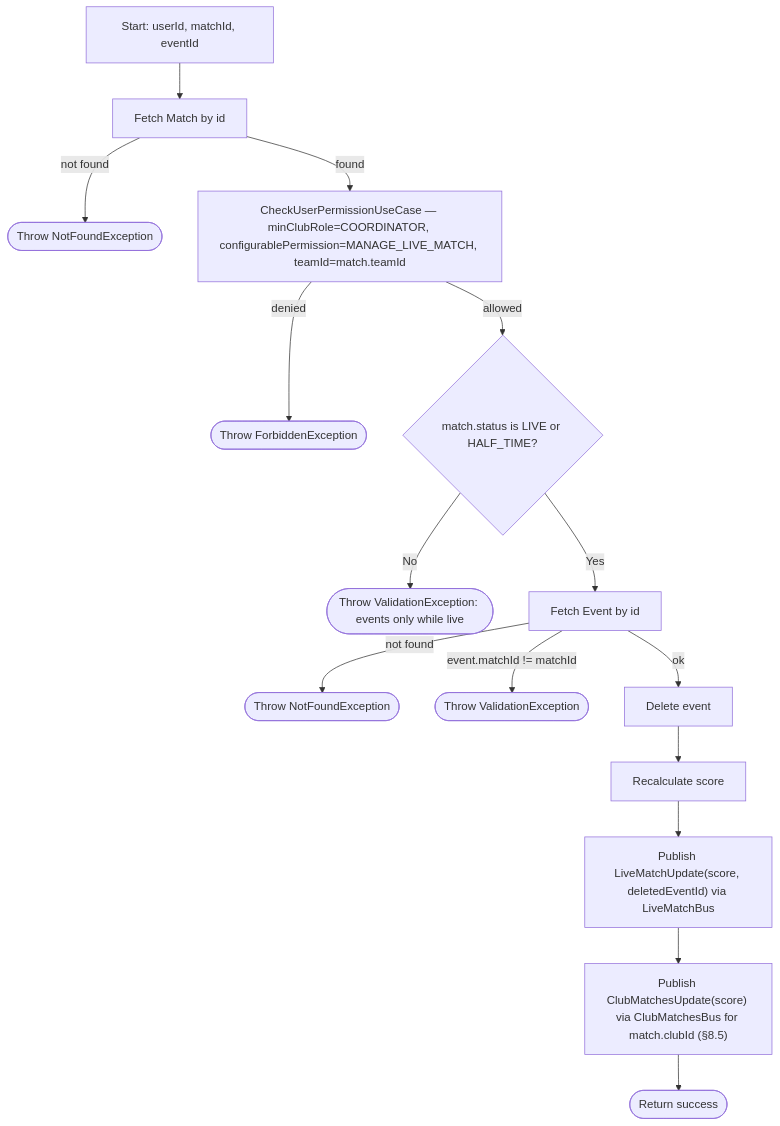
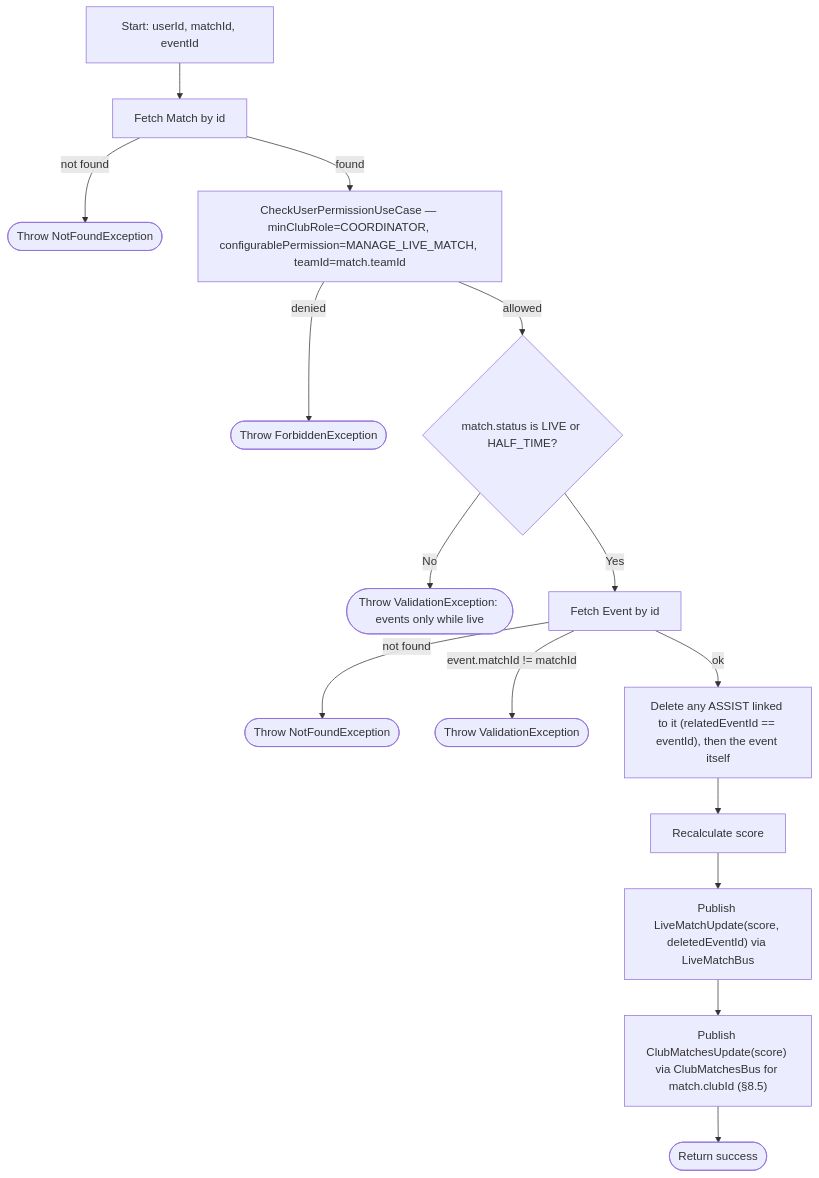
Before and after one commit to ricardofrango/squadify: diagram 45 of 60 in PROCESS_FLOWS.md, drawn with Mermaid. The commit also changed other lines of this file and 13 other files, not shown here.

````diff
--- a/PROCESS_FLOWS.md
+++ b/PROCESS_FLOWS.md
@@ -1007,17 +1011,17 @@
 ```mermaid
 graph TD
     A[Start: userId, matchId, eventId] --> B[Fetch Match by id]
     B -- not found --> N1(["Throw NotFoundException"])
     B -- found --> C[CheckUserPermissionUseCase — minClubRole=COORDINATOR, configurablePermission=MANAGE_LIVE_MATCH, teamId=match.teamId]
     C -- denied --> F(["Throw ForbiddenException"])
     C -- allowed --> LV{"match.status is LIVE or HALF_TIME?"}
     LV -- No --> VL(["Throw ValidationException: events only while live"])
     LV -- Yes --> D[Fetch Event by id]
     D -- not found --> N2(["Throw NotFoundException"])
     D -- event.matchId != matchId --> V(["Throw ValidationException"])
-    D -- ok --> E[Delete event]
+    D -- ok --> E["Delete any ASSIST linked to it (relatedEventId == eventId), then the event itself"]
     E --> G[Recalculate score]
     G --> H["Publish LiveMatchUpdate(score, deletedEventId) via LiveMatchBus"]
     H --> H2["Publish ClubMatchesUpdate(score) via ClubMatchesBus for match.clubId (§8.5)"]
     H2 --> Z(["Return success"])
 ```
````
